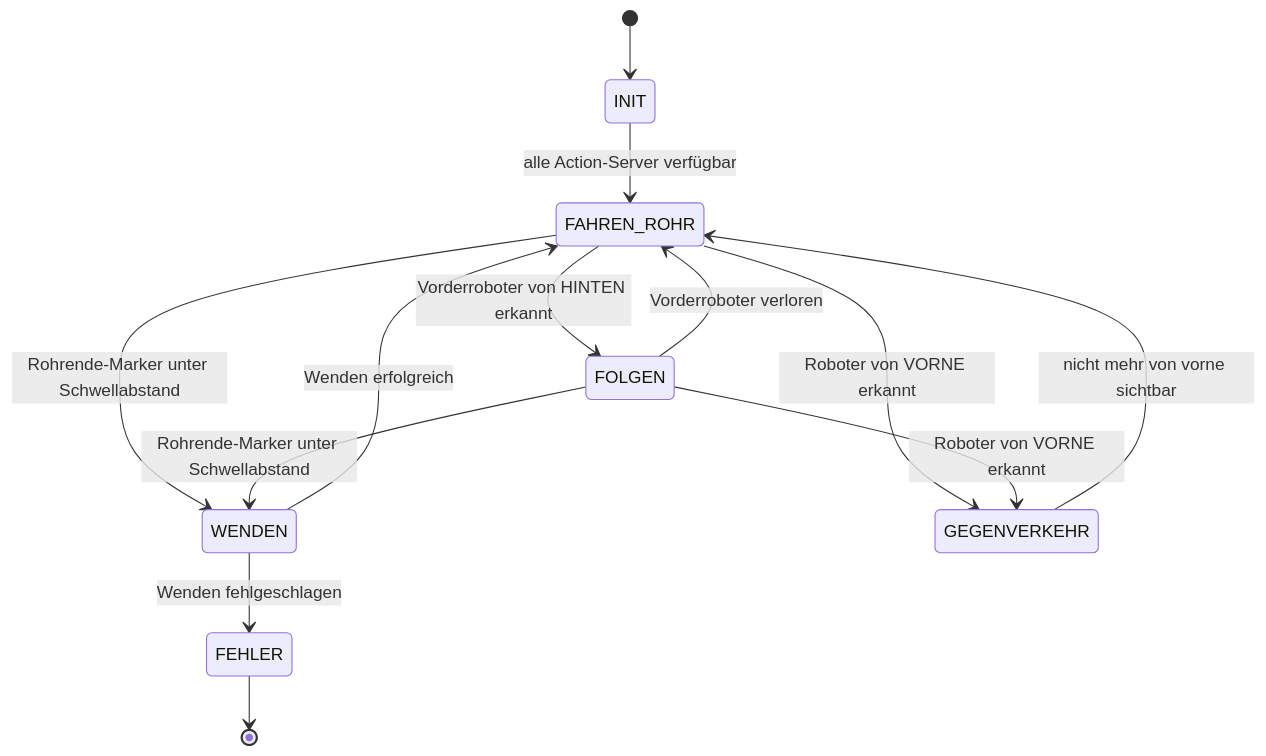
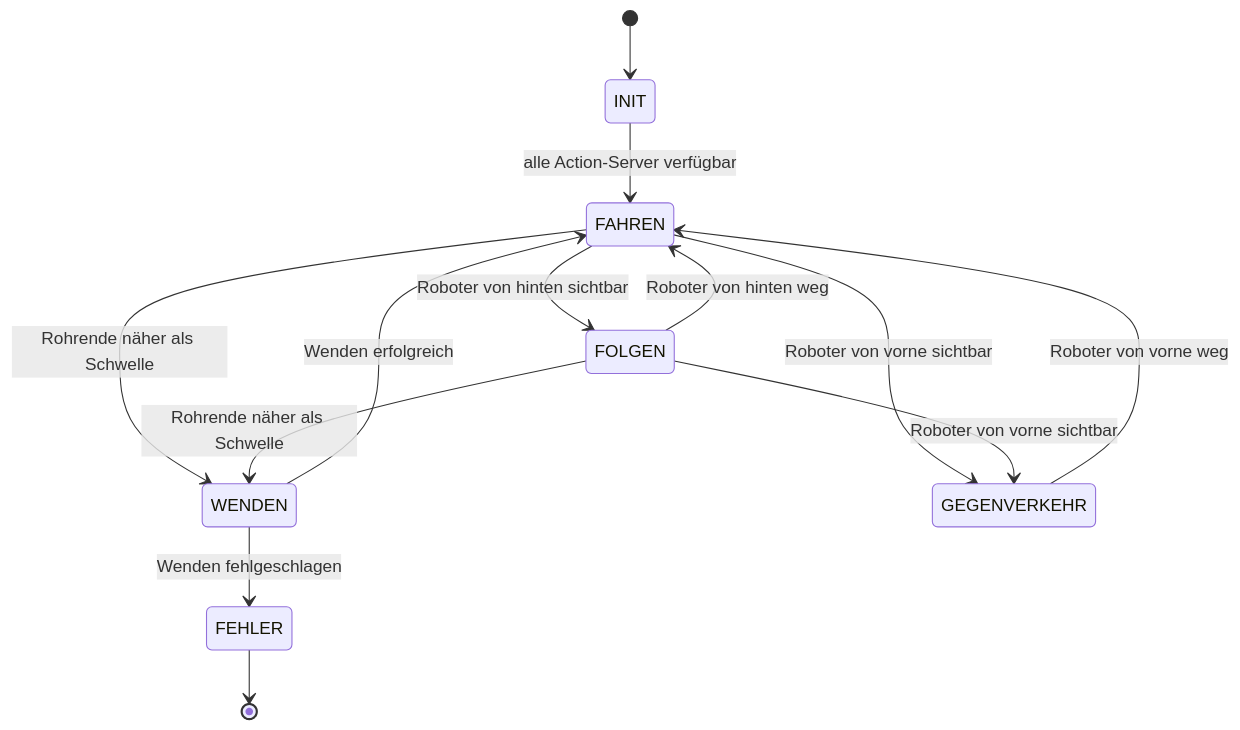
The second of 2 diagrams in docs/ARCHITEKTUR.md (TsVBamBus/ros2_turtlebot_project_MW_NG), drawn with Mermaid before and after one commit. The commit also changed other lines of this file and 3 other files, not shown here.

````diff
--- a/docs/ARCHITEKTUR.md
+++ b/docs/ARCHITEKTUR.md
@@ -343,19 +315,15 @@
 ```mermaid
 stateDiagram-v2
     [*] --> INIT
-    INIT --> FAHREN_ROHR: alle Action-Server verfügbar
-
-    FAHREN_ROHR --> FOLGEN: Vorderroboter von HINTEN erkannt
-    FOLGEN --> FAHREN_ROHR: Vorderroboter verloren
-
-    FAHREN_ROHR --> WENDEN: Rohrende-Marker unter Schwellabstand
-    FOLGEN --> WENDEN: Rohrende-Marker unter Schwellabstand
-    WENDEN --> FAHREN_ROHR: Wenden erfolgreich
-
-    FAHREN_ROHR --> GEGENVERKEHR: Roboter von VORNE erkannt
-    FOLGEN --> GEGENVERKEHR: Roboter von VORNE erkannt
-    GEGENVERKEHR --> FAHREN_ROHR: nicht mehr von vorne sichtbar
-
+    INIT --> FAHREN: alle Action-Server verfügbar
+    FAHREN --> FOLGEN: Roboter von hinten sichtbar
+    FOLGEN --> FAHREN: Roboter von hinten weg
+    FAHREN --> WENDEN: Rohrende näher als Schwelle
+    FOLGEN --> WENDEN: Rohrende näher als Schwelle
+    WENDEN --> FAHREN: Wenden erfolgreich
     WENDEN --> FEHLER: Wenden fehlgeschlagen
+    FAHREN --> GEGENVERKEHR: Roboter von vorne sichtbar
+    FOLGEN --> GEGENVERKEHR: Roboter von vorne sichtbar
+    GEGENVERKEHR --> FAHREN: Roboter von vorne weg
     FEHLER --> [*]
 ```
````
